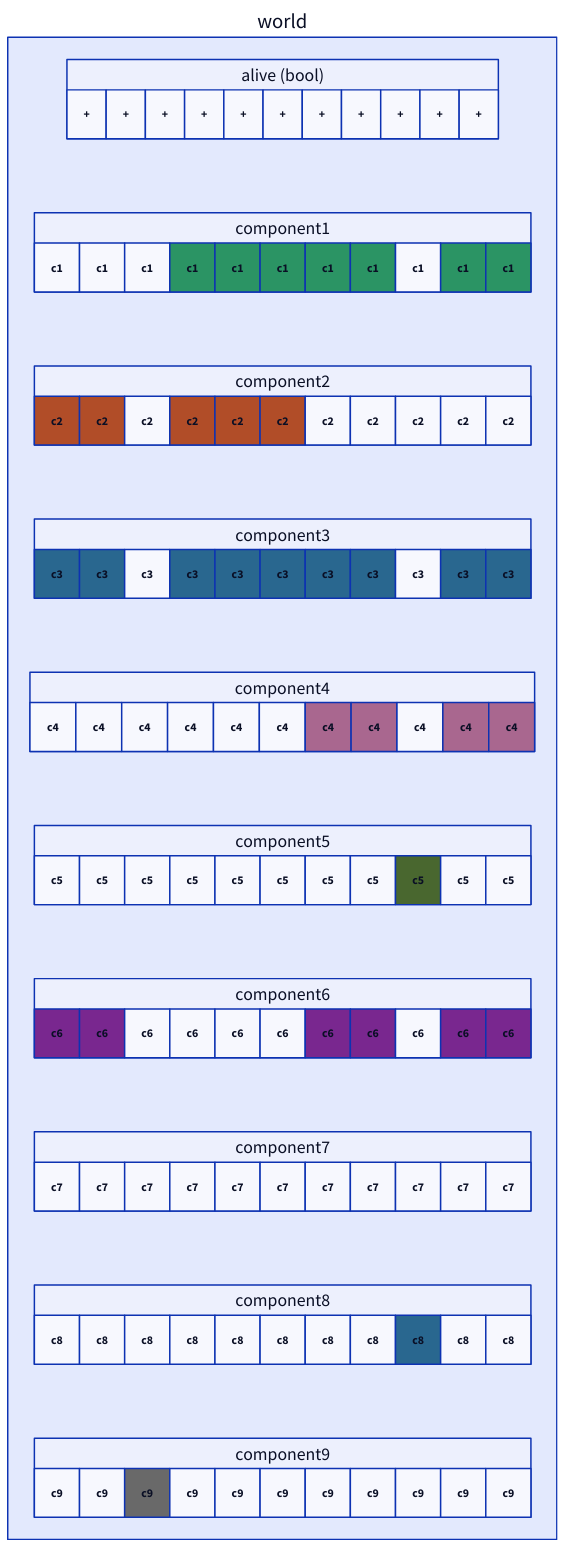
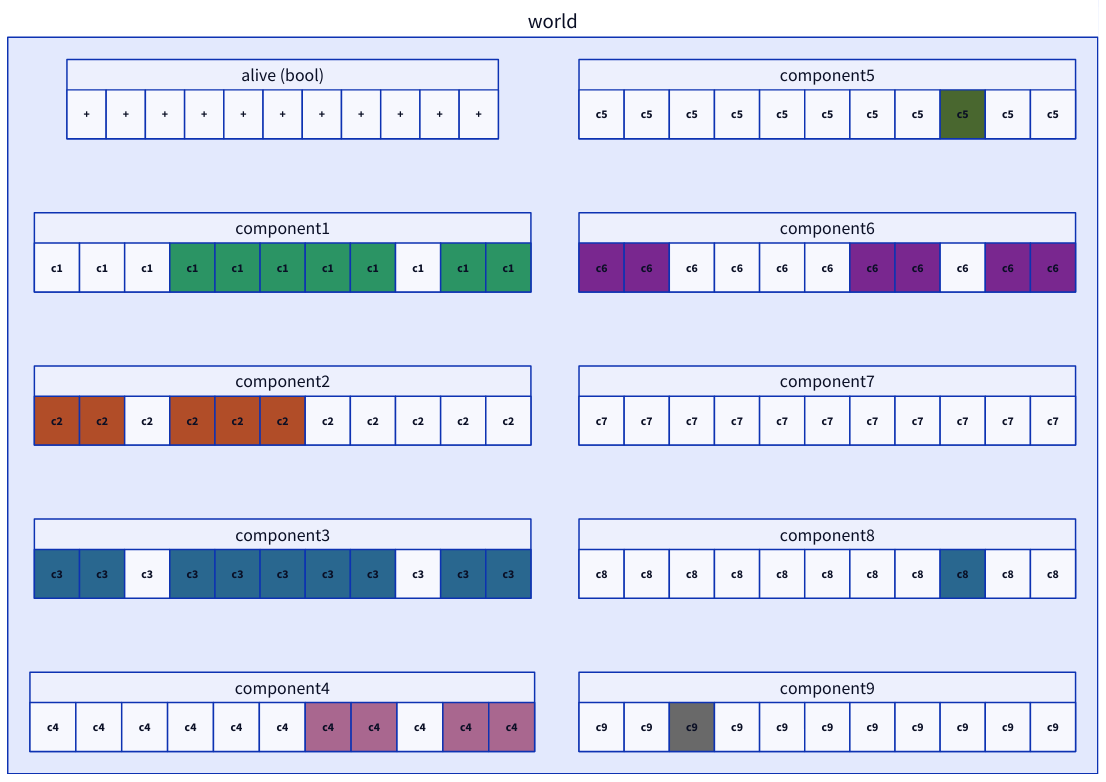
Before and after one commit to blackbone/blackbone.github.io: the diagram in ru/posts/ecs/2/1.d2, drawn with D2. The commit also changed 29 other files, not shown here.

```diff
--- a/ru/posts/ecs/2/1.d2
+++ b/ru/posts/ecs/2/1.d2
@@ -198,5 +198,6 @@
         10: c9
         11: c9
     }
-    alive (bool) -> component1 -> component2 -> component3 -> component4 -> component5 -> component6 -> component7 -> component8 -> component9 { style.opacity: 0 }
+    alive (bool) -> component1 -> component2 -> component3 -> component4 { style.opacity: 0 }
+    component5 -> component6 -> component7 -> component8 -> component9 { style.opacity: 0 }
 }
```
